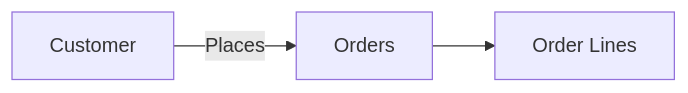
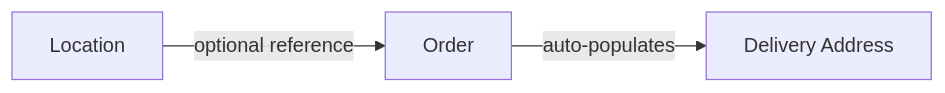
One commit to Pollinate-Core/docs changed the second of 2 diagrams in guides/orders.mdx. Above: the diagram before and after it, drawn with Mermaid. The commit also changed other lines of this file and 7 other files, not shown here.

````diff
--- a/guides/orders.mdx
+++ b/guides/orders.mdx
@@ -127,5 +145,5 @@
 ```mermaid
 graph LR
-    A[Customer] -->|Places| B[Orders]
-    B --> C[Order Lines]
+    A[Location] -->|optional reference| B[Order]
+    B -->|auto-populates| C[Delivery Address]
 ```
````
